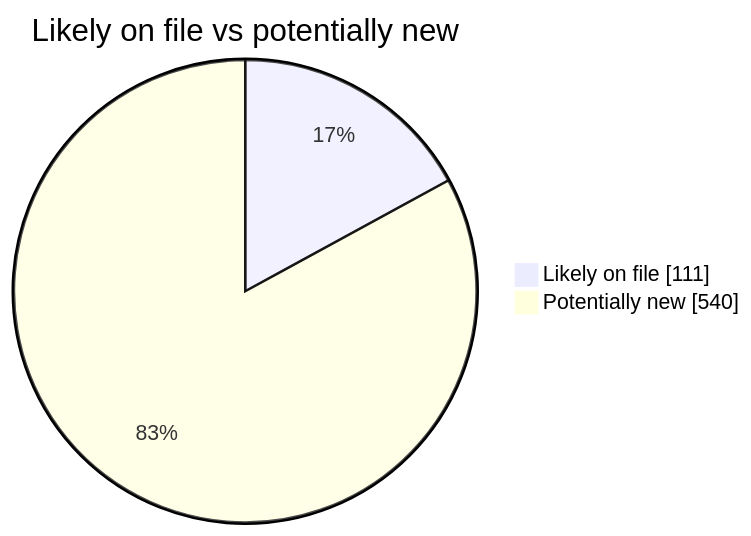
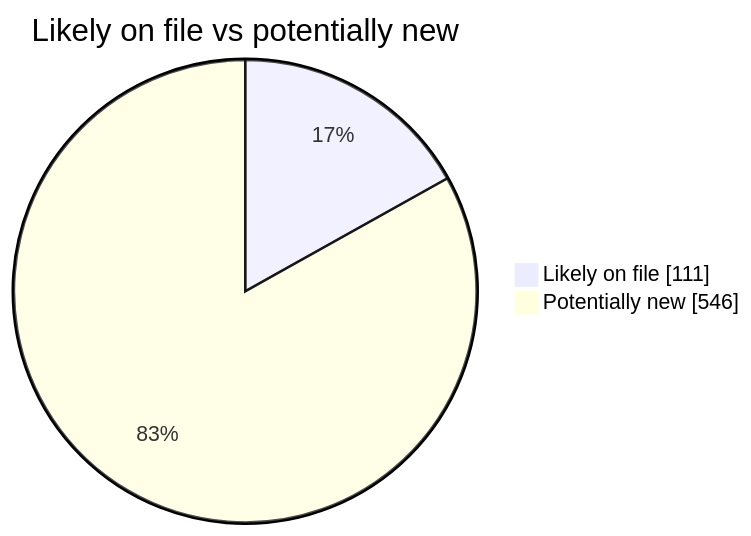
Before and after one commit to martinbalfanz/social-scanner-reports: the second of 4 diagrams in README.md, drawn with Mermaid. The commit also changed other lines of this file and 4 other files, not shown here.

````diff
--- a/README.md
+++ b/README.md
@@ -40,5 +40,5 @@
 ```mermaid
 pie showData title Likely on file vs potentially new
     "Likely on file" : 111
-    "Potentially new" : 540
+    "Potentially new" : 546
 ```
````
